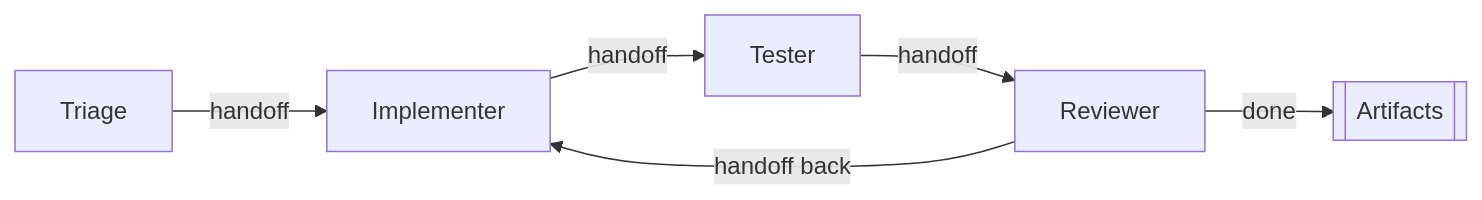
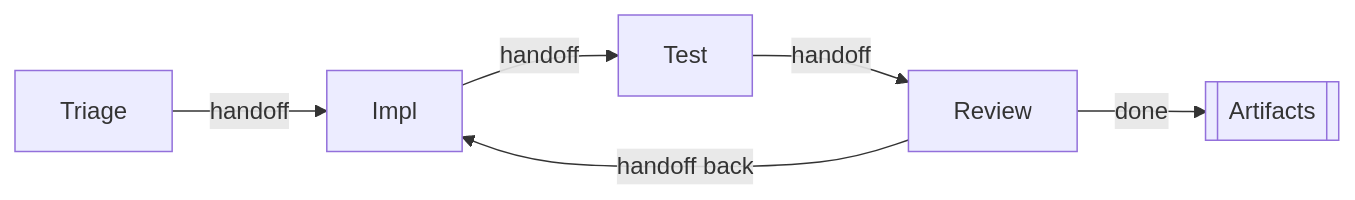
The seventh of 14 diagrams in research/autonomous-agent-fleet.md (JNK234/claude-dotfiles), drawn with Mermaid before and after one commit. The commit also changed other lines of this file, not shown here.

````diff
--- a/research/autonomous-agent-fleet.md
+++ b/research/autonomous-agent-fleet.md
@@ -319,8 +299,5 @@
 ```mermaid
 flowchart LR
-    A[Triage] -->|handoff| B[Implementer]
-    B -->|handoff| C[Tester]
-    C -->|handoff| D[Reviewer]
-    D -->|handoff back| B
-    D -->|done| E[[Artifacts]]
+  A[Triage]-->|handoff|B[Impl]-->|handoff|C[Test]-->|handoff|D[Review]-->|done|E[[Artifacts]]
+  D-->|handoff back|B
 ```
````
